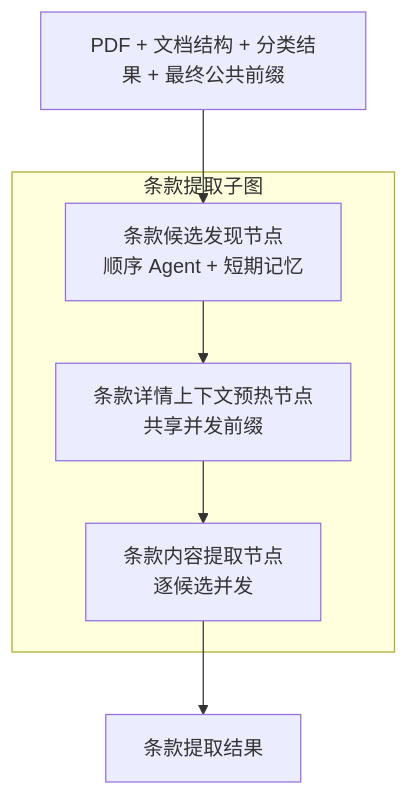
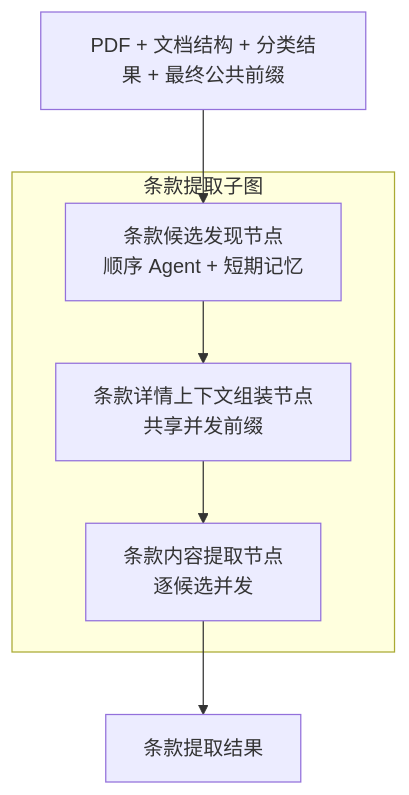
Before and after one commit to caicai-6666/contract-service-be: the diagram in description/architecture/subgraph/clause-extraction.md, drawn with Mermaid. The commit also changed other lines of this file and 95 other files, not shown here.

````diff
--- a/description/architecture/subgraph/clause-extraction.md
+++ b/description/architecture/subgraph/clause-extraction.md
@@ -11,14 +11,14 @@
 ```mermaid
 flowchart TD
     input["PDF + 文档结构 + 分类结果 + 最终公共前缀"]
 
     subgraph clause["条款提取子图"]
         discover["条款候选发现节点<br/>顺序 Agent + 短期记忆"]
-        preheat["条款详情上下文预热节点<br/>共享并发前缀"]
+        assemble["条款详情上下文组装节点<br/>共享并发前缀"]
         extract["条款内容提取节点<br/>逐候选并发"]
-        discover --> preheat --> extract
+        discover --> assemble --> extract
     end
 
     input --> discover
     extract --> output["条款提取结果"]
 ```
````
